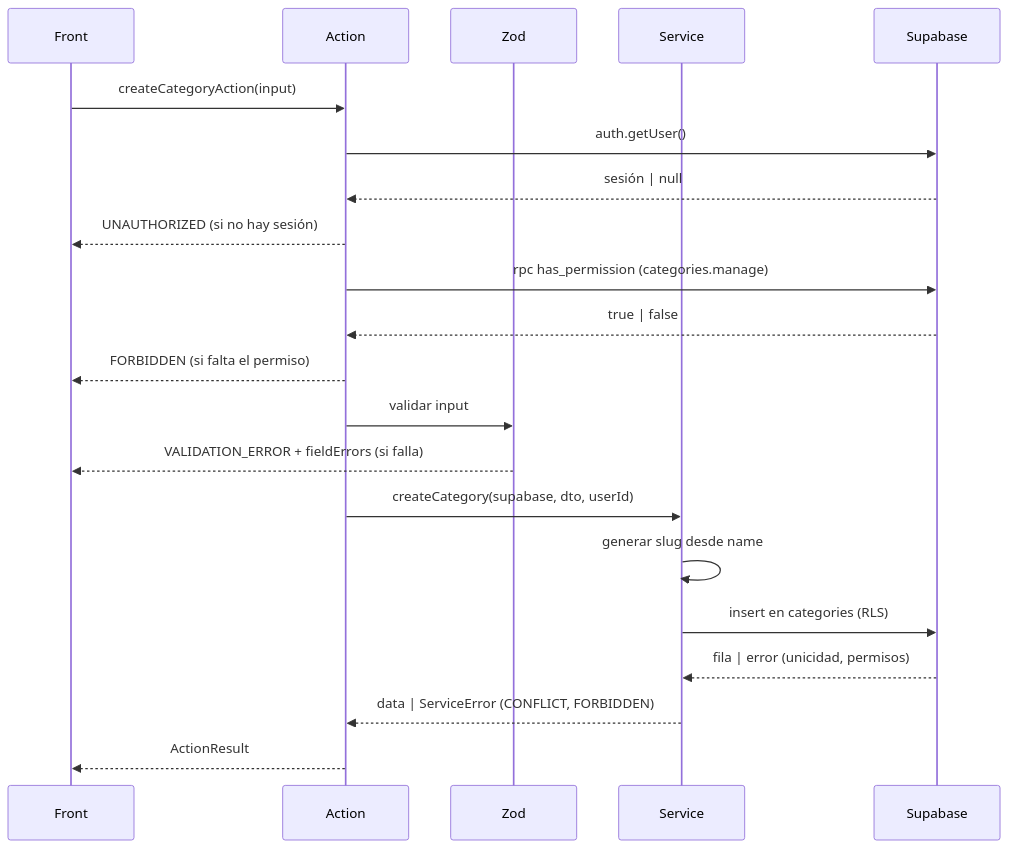
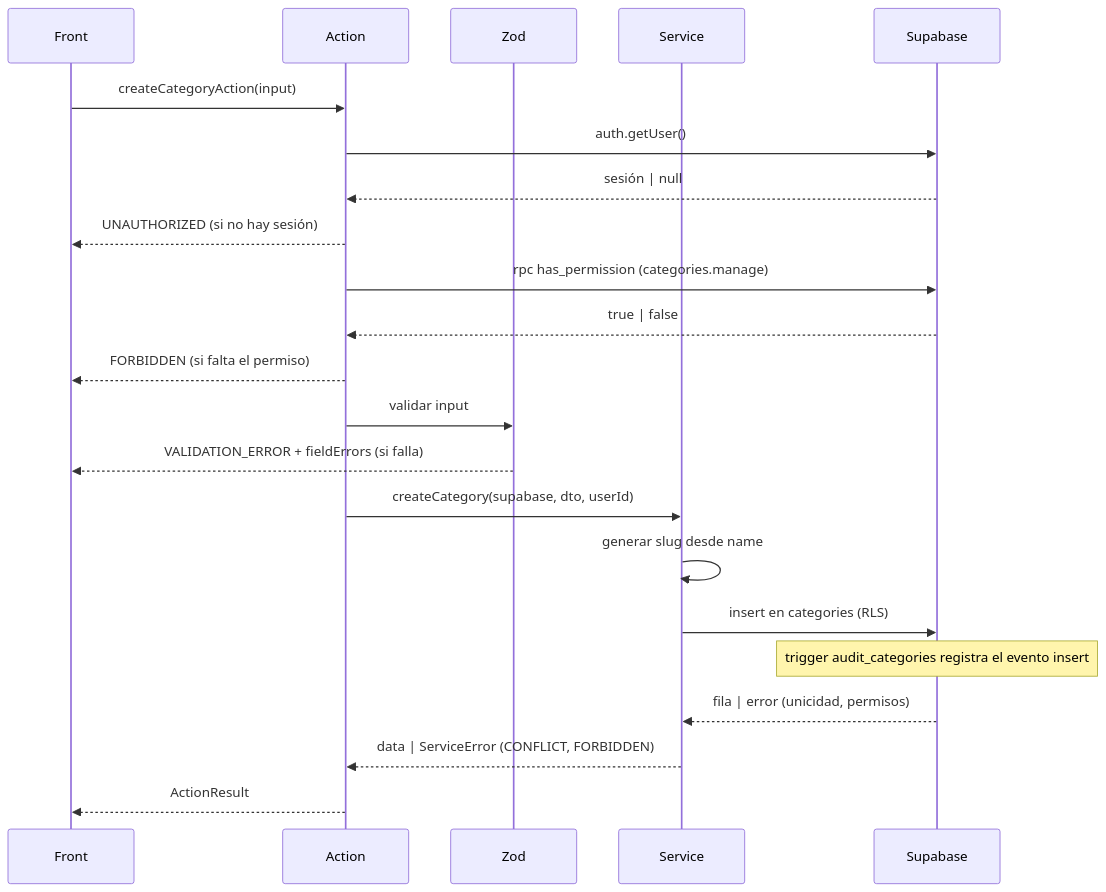
Before and after one commit to Programati/restoDev: the diagram in docs/contracts/categories/Contract_createCategory.md, drawn with Mermaid. The commit also changed other lines of this file and 17 other files, not shown here.

````diff
--- a/docs/contracts/categories/Contract_createCategory.md
+++ b/docs/contracts/categories/Contract_createCategory.md
@@ -135,23 +135,24 @@
 ```mermaid
 sequenceDiagram
   participant Front
   participant Action
   participant Zod
   participant Service
   participant Supabase
   Front->>Action: createCategoryAction(input)
   Action->>Supabase: auth.getUser()
   Supabase-->>Action: sesión | null
   Action-->>Front: UNAUTHORIZED (si no hay sesión)
   Action->>Supabase: rpc has_permission (categories.manage)
   Supabase-->>Action: true | false
   Action-->>Front: FORBIDDEN (si falta el permiso)
   Action->>Zod: validar input
   Zod-->>Front: VALIDATION_ERROR + fieldErrors (si falla)
   Action->>Service: createCategory(supabase, dto, userId)
   Service->>Service: generar slug desde name
   Service->>Supabase: insert en categories (RLS)
+  Note over Supabase: trigger audit_categories registra el evento insert
   Supabase-->>Service: fila | error (unicidad, permisos)
   Service-->>Action: data | ServiceError (CONFLICT, FORBIDDEN)
   Action-->>Front: ActionResult
 ```
````
